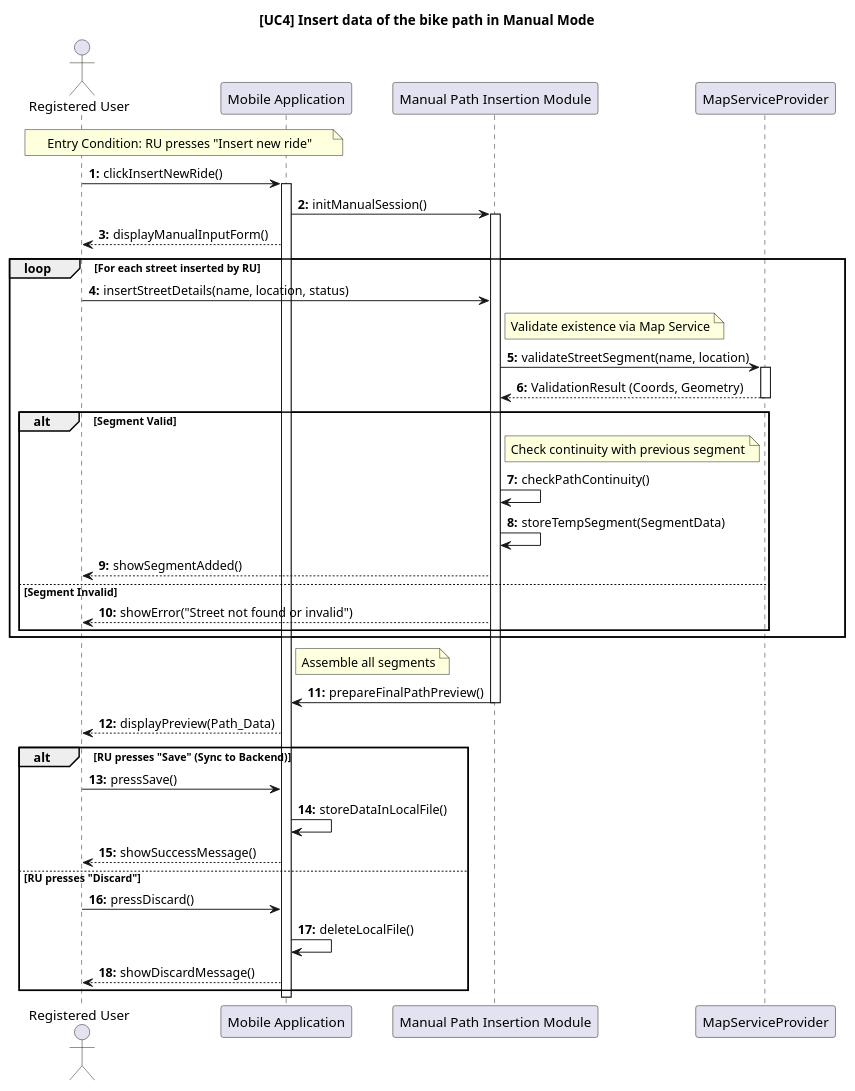
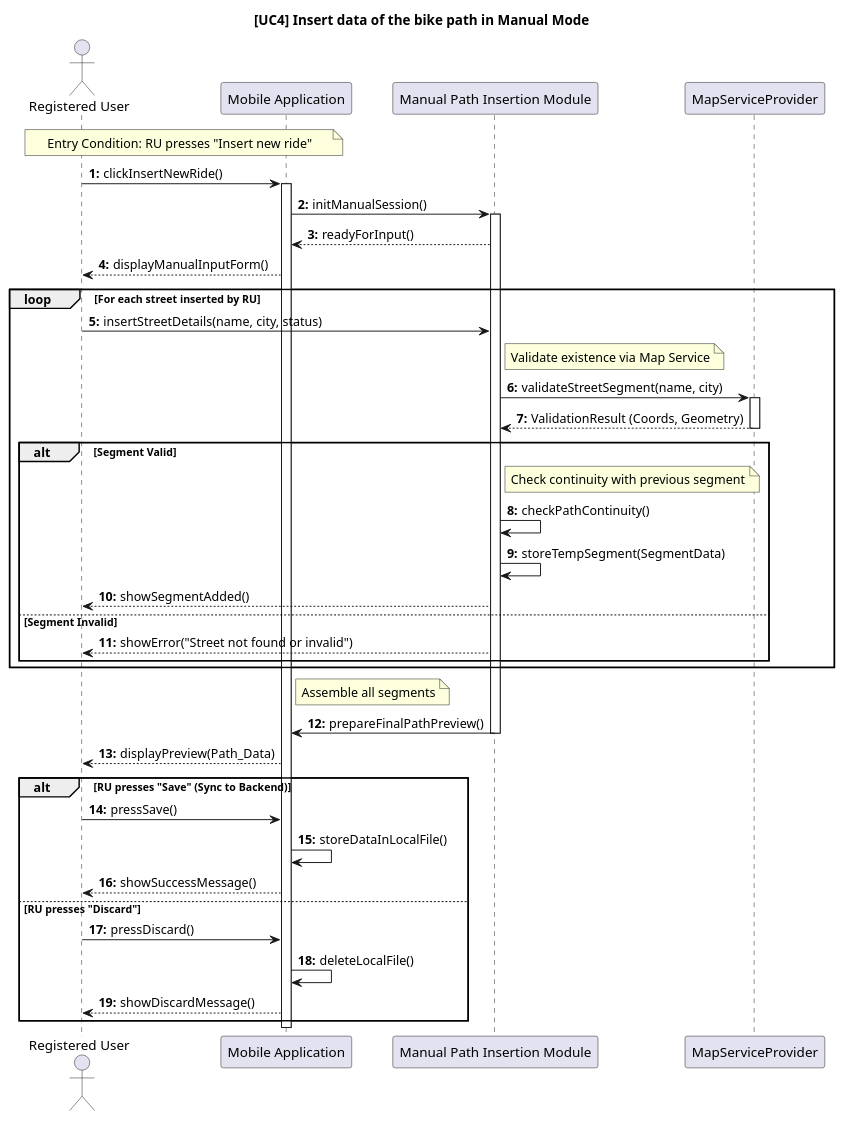
Before and after one commit to ilevinci/RubinoUvinsiVinciguerra: the diagram in DD/sequencediagrams/usecase4.puml, drawn with PlantUML. The commit also changed 5 other files, not shown here.

Commit message:
changes in consistency between sequence diagram and class diagram

```diff
--- a/DD/sequencediagrams/usecase4.puml
+++ b/DD/sequencediagrams/usecase4.puml
@@ -1,78 +1,79 @@
 @startuml UC4_InsertManualMode_Design
 autonumber "<b>0:"
 title [UC4] Insert data of the bike path in Manual Mode
 
 ' =======================================================
 ' COMPONENT DEFINITION
 ' =======================================================
 actor "Registered User" as RU
 participant "Mobile Application" as Client
 participant "Manual Path Insertion Module" as MPIM
 
 ' External Service (Validazione Geografica)
 participant "MapServiceProvider" as Map
 
 ' =======================================================
 ' ENTRY CONDITION
 ' =======================================================
 note over RU, Client: Entry Condition: RU presses "Insert new ride"
 
 ' =======================================================
 ' INITIALIZATION
 ' =======================================================
 RU -> Client: clickInsertNewRide()
 activate Client
 Client -> MPIM: initManualSession()
 activate MPIM
-Client --> RU: displayManualInputForm()
+MPIM --> Client: readyForInput()
+Client--> RU: displayManualInputForm()
 
 ' =======================================================
 ' (a) & (b) ITERATIVE INSERTION & VALIDATION
 ' =======================================================
 loop For each street inserted by RU
-    RU -> MPIM: insertStreetDetails(name, location, status)
+    RU -> MPIM: insertStreetDetails(name, city, status)
     
     ' Validazione Esterna (Smart Client)
     note right of MPIM: Validate existence via Map Service
-    MPIM -> Map: validateStreetSegment(name, location)
+    MPIM -> Map: validateStreetSegment(name, city)
     activate Map
     Map --> MPIM: ValidationResult (Coords, Geometry)
     deactivate Map
     
     alt Segment Valid
         ' Validazione Logica Locale
         note right of MPIM: Check continuity with previous segment
         MPIM -> MPIM: checkPathContinuity()
         
         MPIM -> MPIM: storeTempSegment(SegmentData)
         MPIM --> RU: showSegmentAdded()
     else Segment Invalid
         MPIM --> RU: showError("Street not found or invalid")
     end
 end
 
 ' =======================================================
 ' (c) PREVIEW
 ' =======================================================
 note right of Client: Assemble all segments
 MPIM -> Client: prepareFinalPathPreview()
 deactivate MPIM
 Client --> RU: displayPreview(Path_Data)
 
 ' =======================================================
 ' EXIT CONDITION: SAVE OR DISCARD
 ' =======================================================
 alt RU presses "Save" (Sync to Backend)
     RU -> Client: pressSave()
     
     Client -> Client: storeDataInLocalFile()
     Client --> RU: showSuccessMessage()
 
 else RU presses "Discard"
     RU -> Client: pressDiscard()
     Client -> Client: deleteLocalFile()
     Client --> RU: showDiscardMessage()
 end
 
 deactivate Client
 @enduml
```
